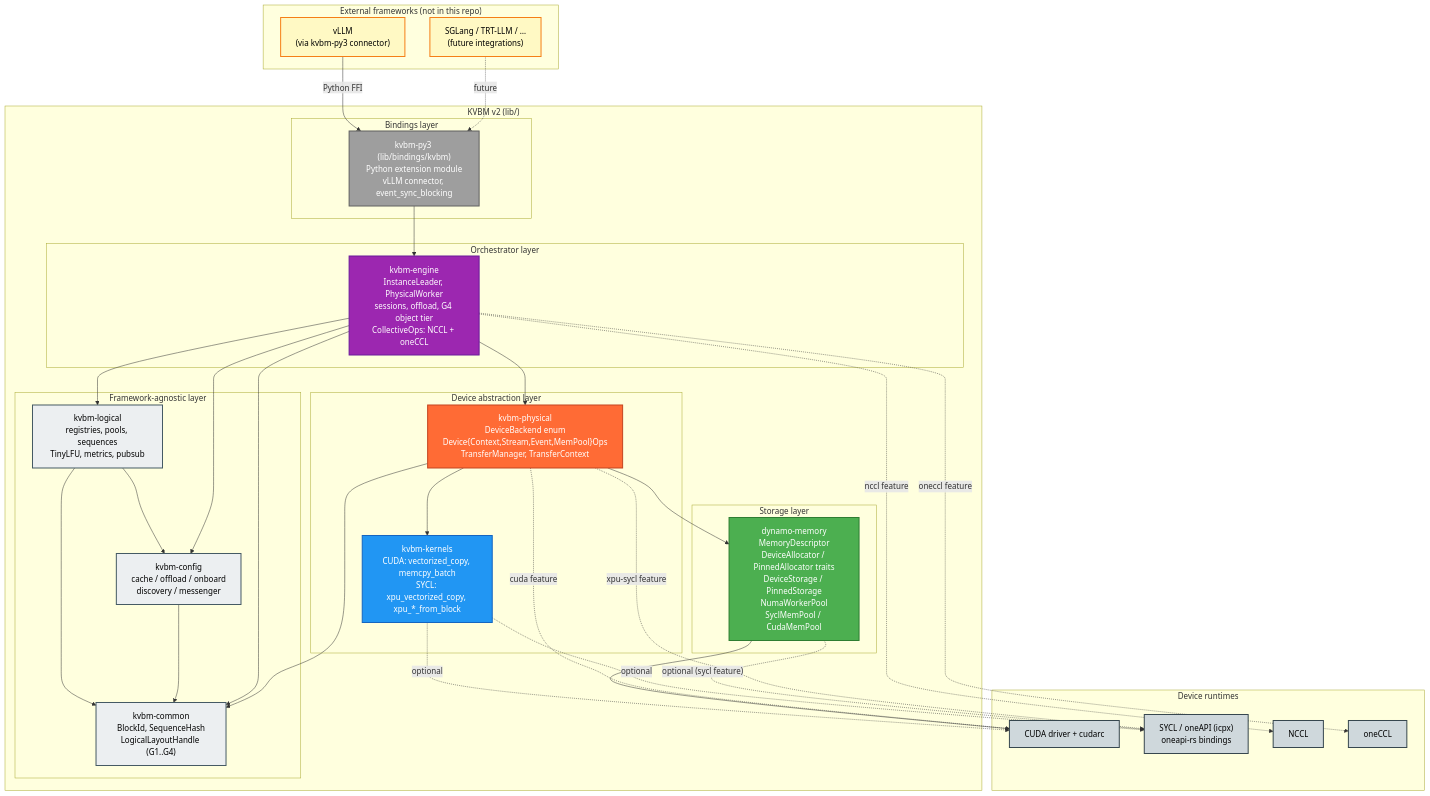
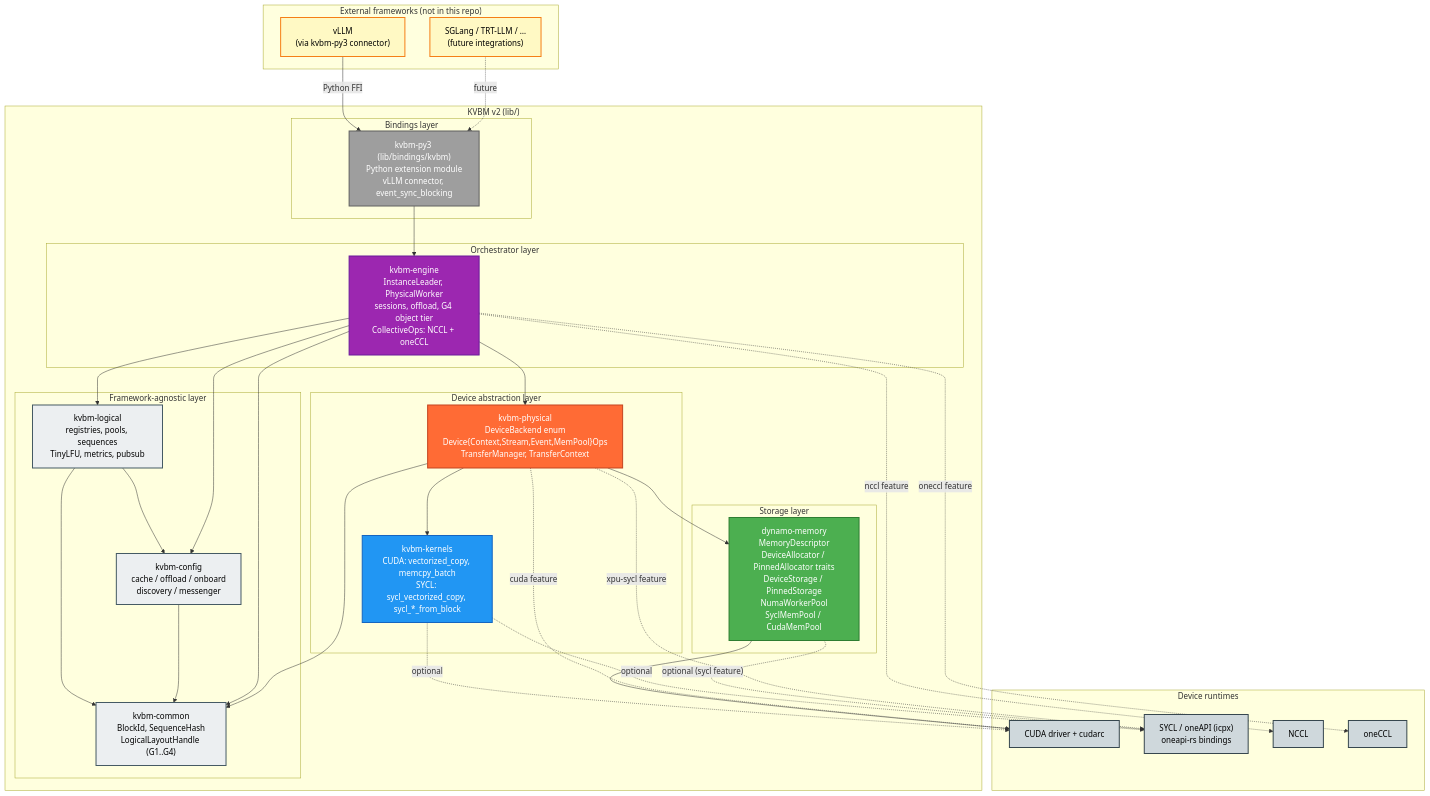
The first of 4 diagrams in lib/kvbm-physical/docs/kvbm_v2_xpu_sycl_enablement.md (ai-dynamo/dynamo), drawn with Mermaid before and after one commit. The commit also changed other lines of this file and 20 other files, not shown here.

First line of the commit message:
refactor(kvbm-v2): unify SYCL naming under the xpu-sycl feature

```diff
--- a/lib/kvbm-physical/docs/kvbm_v2_xpu_sycl_enablement.md
+++ b/lib/kvbm-physical/docs/kvbm_v2_xpu_sycl_enablement.md
@@ -63,7 +63,7 @@
 
         subgraph physLayer["Device abstraction layer"]
             Physical["kvbm-physical<br/>DeviceBackend enum<br/>Device{Context,Stream,Event,MemPool}Ops<br/>TransferManager, TransferContext"]
-            Kernels["kvbm-kernels<br/>CUDA: vectorized_copy, memcpy_batch<br/>SYCL: xpu_vectorized_copy, xpu_*_from_block"]
+            Kernels["kvbm-kernels<br/>CUDA: vectorized_copy, memcpy_batch<br/>SYCL: sycl_vectorized_copy, sycl_*_from_block"]
         end
 
         subgraph memLayer["Storage layer"]
```
